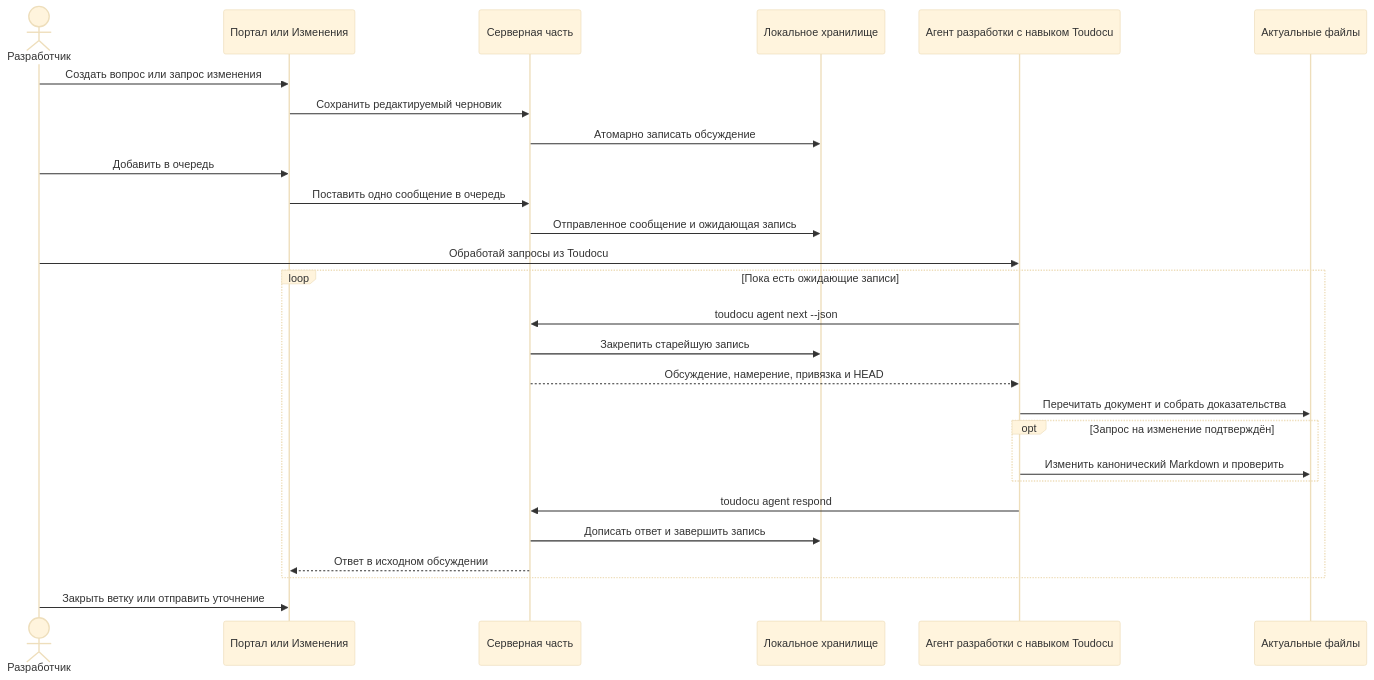
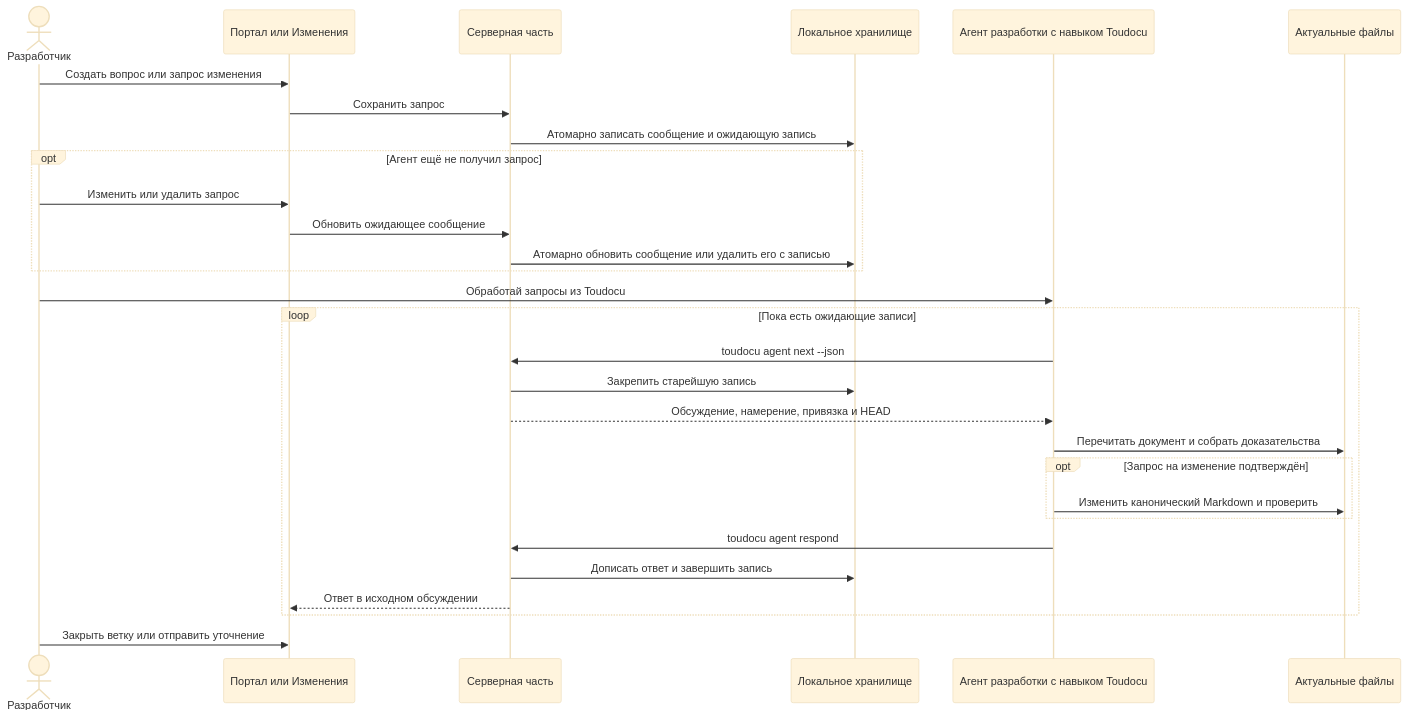
Before and after one commit to lumenikoly/toudocu: the diagram in docs/flows/FLOW-AGENT-FEEDBACK.md, drawn with Mermaid (base theme). The commit also changed other lines of this file and 40 other files, not shown here.

Commit message:
update feedback flow

````diff
--- a/docs/flows/FLOW-AGENT-FEEDBACK.md
+++ b/docs/flows/FLOW-AGENT-FEEDBACK.md
@@ -10,30 +10,32 @@
 ```mermaid
 sequenceDiagram
     actor Human as Разработчик
     participant UI as Портал или Изменения
     participant Core as Серверная часть
     participant Store as Локальное хранилище
     participant Agent as Агент разработки с навыком Toudocu
     participant Files as Актуальные файлы
 
     Human->>UI: Создать вопрос или запрос изменения
-    UI->>Core: Сохранить редактируемый черновик
-    Core->>Store: Атомарно записать обсуждение
-    Human->>UI: Добавить в очередь
-    UI->>Core: Поставить одно сообщение в очередь
-    Core->>Store: Отправленное сообщение и ожидающая запись
+    UI->>Core: Сохранить запрос
+    Core->>Store: Атомарно записать сообщение и ожидающую запись
+    opt Агент ещё не получил запрос
+        Human->>UI: Изменить или удалить запрос
+        UI->>Core: Обновить ожидающее сообщение
+        Core->>Store: Атомарно обновить сообщение или удалить его с записью
+    end
     Human->>Agent: Обработай запросы из Toudocu
     loop Пока есть ожидающие записи
         Agent->>Core: toudocu agent next --json
         Core->>Store: Закрепить старейшую запись
         Core-->>Agent: Обсуждение, намерение, привязка и HEAD
         Agent->>Files: Перечитать документ и собрать доказательства
         opt Запрос на изменение подтверждён
             Agent->>Files: Изменить канонический Markdown и проверить
         end
         Agent->>Core: toudocu agent respond
         Core->>Store: Дописать ответ и завершить запись
         Core-->>UI: Ответ в исходном обсуждении
     end
     Human->>UI: Закрыть ветку или отправить уточнение
 ```
````
